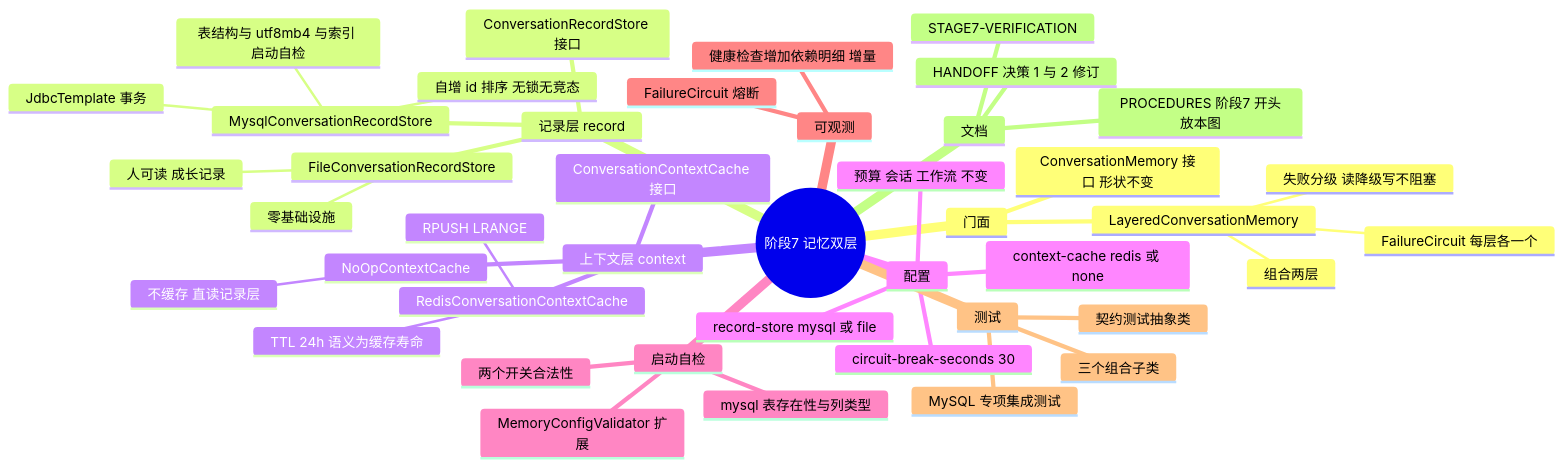
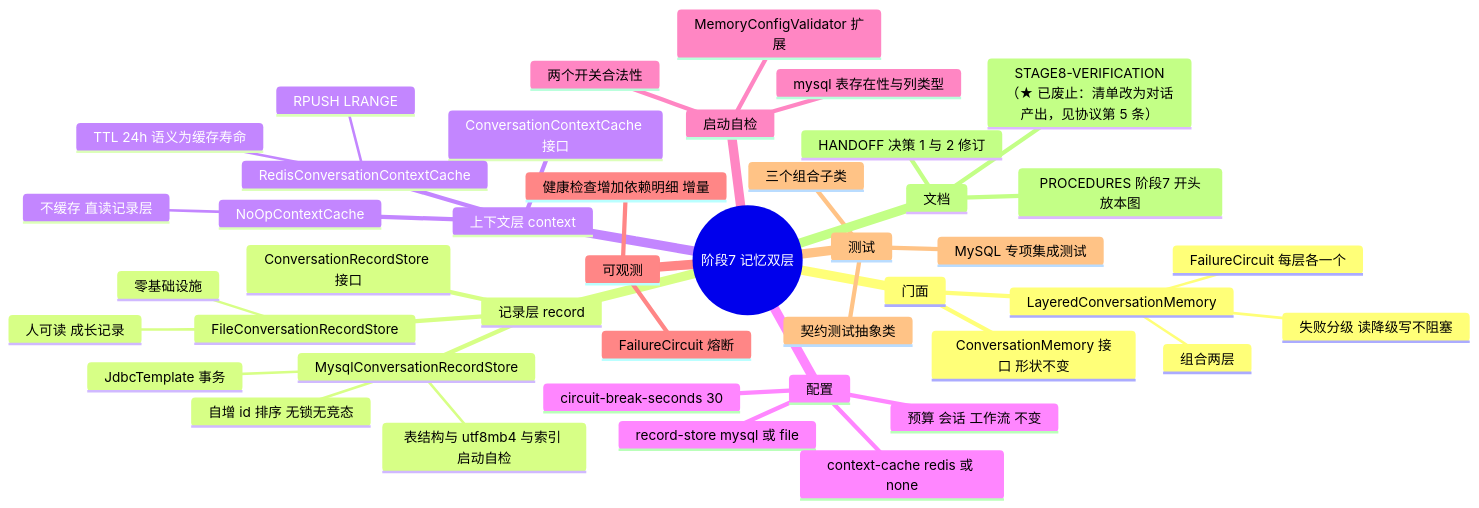
One commit to 746329026/Hagent changed diagram 13 of 13 in docs/PROCEDURES.md. Above: the diagram before and after it, drawn with Mermaid. The commit also changed other lines of this file and 4 other files, not shown here.

````diff
--- a/docs/PROCEDURES.md
+++ b/docs/PROCEDURES.md
@@ -2318,46 +2318,46 @@
 ```mermaid
 mindmap
   root((阶段7 记忆双层))
     门面
       ConversationMemory 接口 形状不变
       LayeredConversationMemory
         组合两层
         失败分级 读降级写不阻塞
         FailureCircuit 每层各一个
     记录层 record
       ConversationRecordStore 接口
       MysqlConversationRecordStore
         JdbcTemplate 事务
         自增 id 排序 无锁无竞态
         表结构与 utf8mb4 与索引 启动自检
       FileConversationRecordStore
         零基础设施
         人可读 成长记录
     上下文层 context
       ConversationContextCache 接口
       RedisConversationContextCache
         RPUSH LRANGE
         TTL 24h 语义为缓存寿命
       NoOpContextCache
         不缓存 直读记录层
     配置
       record-store mysql 或 file
       context-cache redis 或 none
       circuit-break-seconds 30
       预算 会话 工作流 不变
     启动自检
       MemoryConfigValidator 扩展
       两个开关合法性
       mysql 表存在性与列类型
     可观测
       FailureCircuit 熔断
       健康检查增加依赖明细 增量
     测试
       契约测试抽象类
       三个组合子类
       MySQL 专项集成测试
     文档
       PROCEDURES 阶段7 开头放本图
       HANDOFF 决策 1 与 2 修订
-      STAGE7-VERIFICATION
+      STAGE8-VERIFICATION（★ 已废止：清单改为对话产出，见协议第 5 条）
 ```
````
